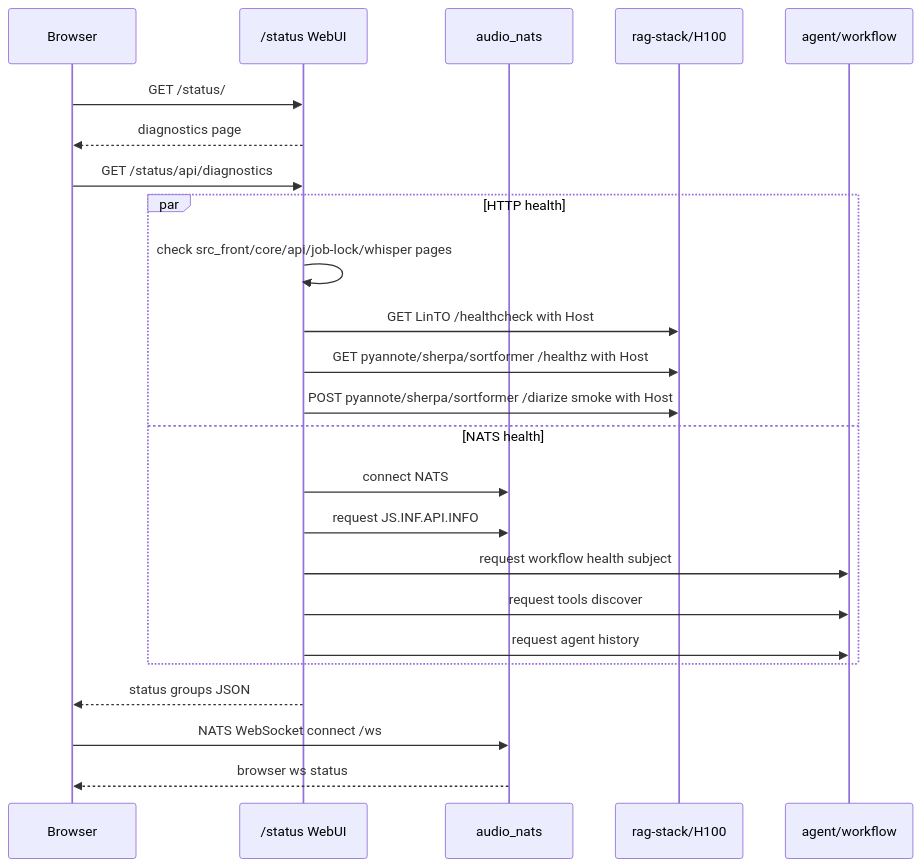
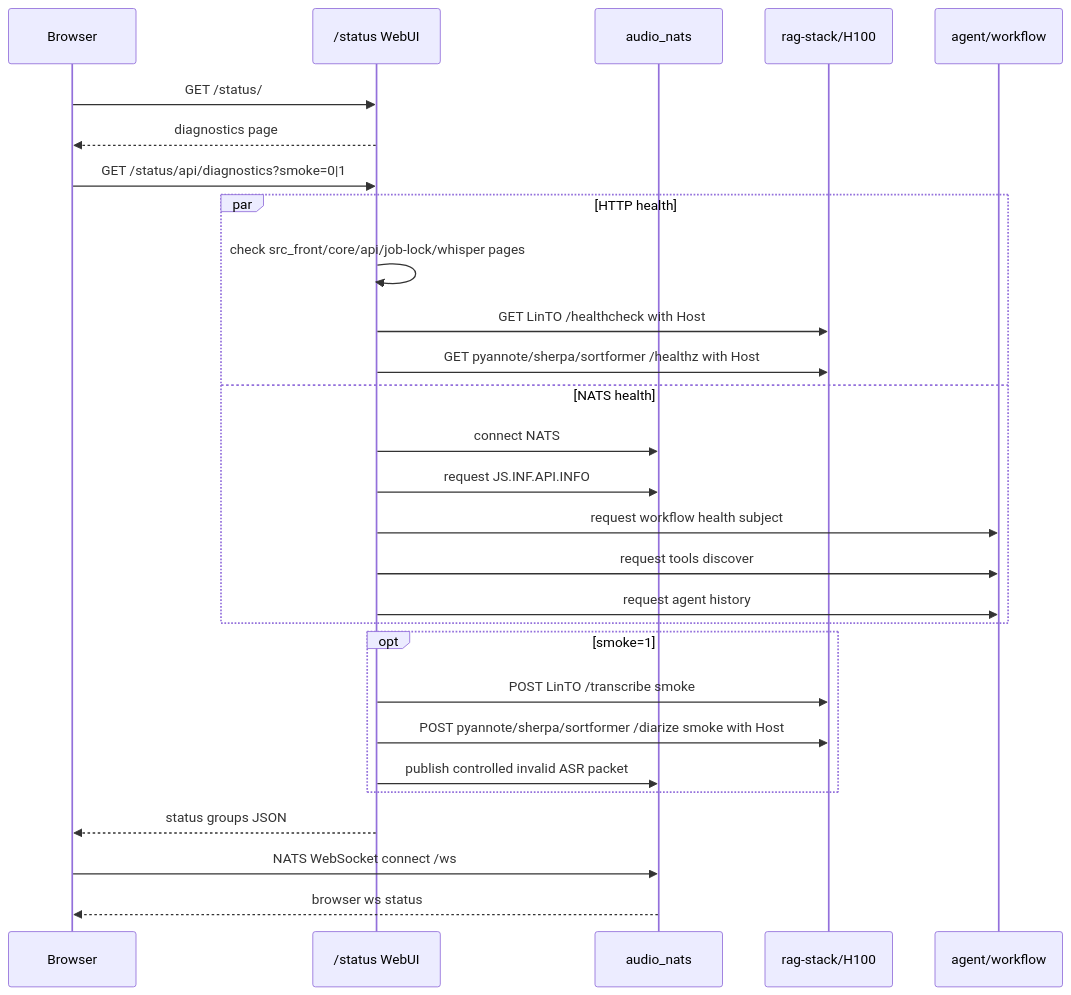
Before and after one commit to komaroffsergei/webrtc-komaroff: the fourth of 7 diagrams in DOCS/DIAGNOSTICS.md, drawn with Mermaid. The commit also changed other lines of this file, not shown here.

Commit message:
Document status diagnostics data collection

````diff
--- a/DOCS/DIAGNOSTICS.md
+++ b/DOCS/DIAGNOSTICS.md
@@ -89,27 +215,31 @@
 ```mermaid
 sequenceDiagram
     participant B as Browser
     participant H as /status WebUI
     participant N as audio_nats
     participant R as rag-stack/H100
     participant A as agent/workflow
 
     B->>H: GET /status/
     H-->>B: diagnostics page
-    B->>H: GET /status/api/diagnostics
+    B->>H: GET /status/api/diagnostics?smoke=0|1
     par HTTP health
         H->>H: check src_front/core/api/job-lock/whisper pages
         H->>R: GET LinTO /healthcheck with Host
         H->>R: GET pyannote/sherpa/sortformer /healthz with Host
-        H->>R: POST pyannote/sherpa/sortformer /diarize smoke with Host
     and NATS health
         H->>N: connect NATS
         H->>N: request JS.INF.API.INFO
         H->>A: request workflow health subject
         H->>A: request tools discover
         H->>A: request agent history
     end
+    opt smoke=1
+        H->>R: POST LinTO /transcribe smoke
+        H->>R: POST pyannote/sherpa/sortformer /diarize smoke with Host
+        H->>N: publish controlled invalid ASR packet
+    end
     H-->>B: status groups JSON
     B->>N: NATS WebSocket connect /ws
     N-->>B: browser ws status
 ```
````
